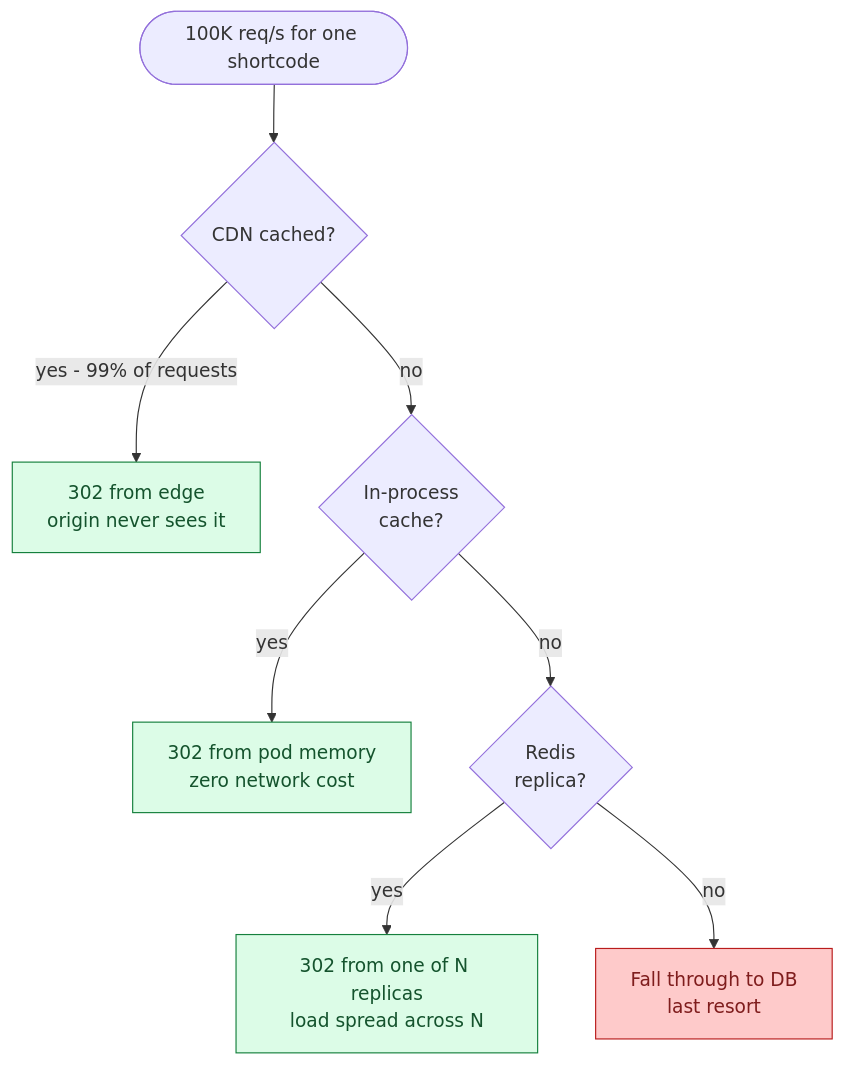
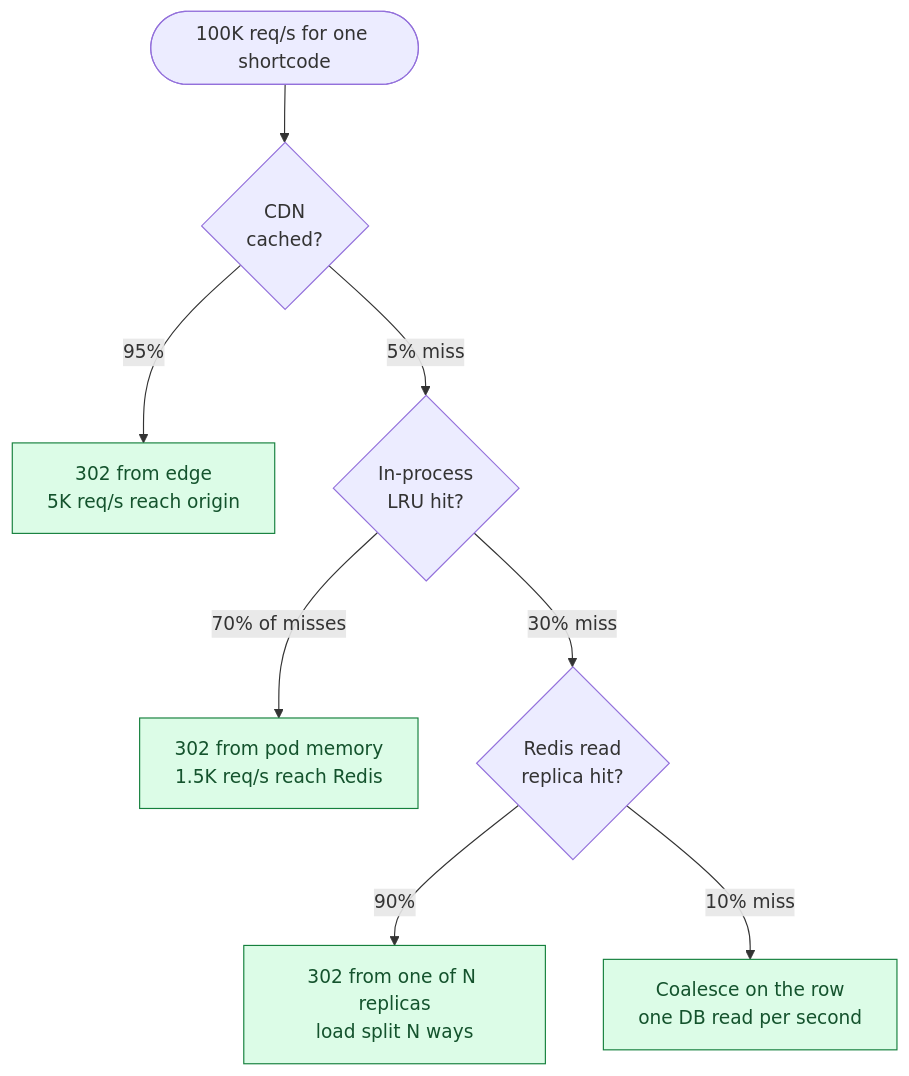
Before and after one commit to shiningflash/system-design: the tenth of 10 diagrams in problems/001-url-shortener/question.md, drawn with Mermaid. The commit also changed other lines of this file and 1 other file, not shown here.

````diff
--- a/problems/001-url-shortener/question.md
+++ b/problems/001-url-shortener/question.md
@@ -387,13 +438,12 @@
 ```mermaid
 flowchart TD
-    Start([100K req/s for one shortcode]) --> CDN{"CDN cached?"}
-    CDN -->|yes - 99% of requests| A["302 from edge<br/>origin never sees it"]:::ok
-    CDN -->|no| InProc{"In-process<br/>cache?"}
-    InProc -->|yes| B["302 from pod memory<br/>zero network cost"]:::ok
-    InProc -->|no| Replica{"Redis<br/>replica?"}
-    Replica -->|yes| C["302 from one of N replicas<br/>load spread across N"]:::ok
-    Replica -->|no| D["Fall through to DB<br/>last resort"]:::bad
+    Start([100K req/s for one shortcode]) --> CDN{"CDN<br/>cached?"}
+    CDN -->|"95%"| OK1["302 from edge<br/>5K req/s reach origin"]:::ok
+    CDN -->|"5% miss"| InProc{"In-process<br/>LRU hit?"}
+    InProc -->|"70% of misses"| OK2["302 from pod memory<br/>1.5K req/s reach Redis"]:::ok
+    InProc -->|"30% miss"| Replica{"Redis read<br/>replica hit?"}
+    Replica -->|"90%"| OK3["302 from one of N replicas<br/>load split N ways"]:::ok
+    Replica -->|"10% miss"| Coalesce["Coalesce on the row<br/>one DB read per second"]:::ok
 
     classDef ok fill:#dcfce7,stroke:#15803d,color:#14532d
-    classDef bad fill:#fecaca,stroke:#b91c1c,color:#7f1d1d
 ```
````
